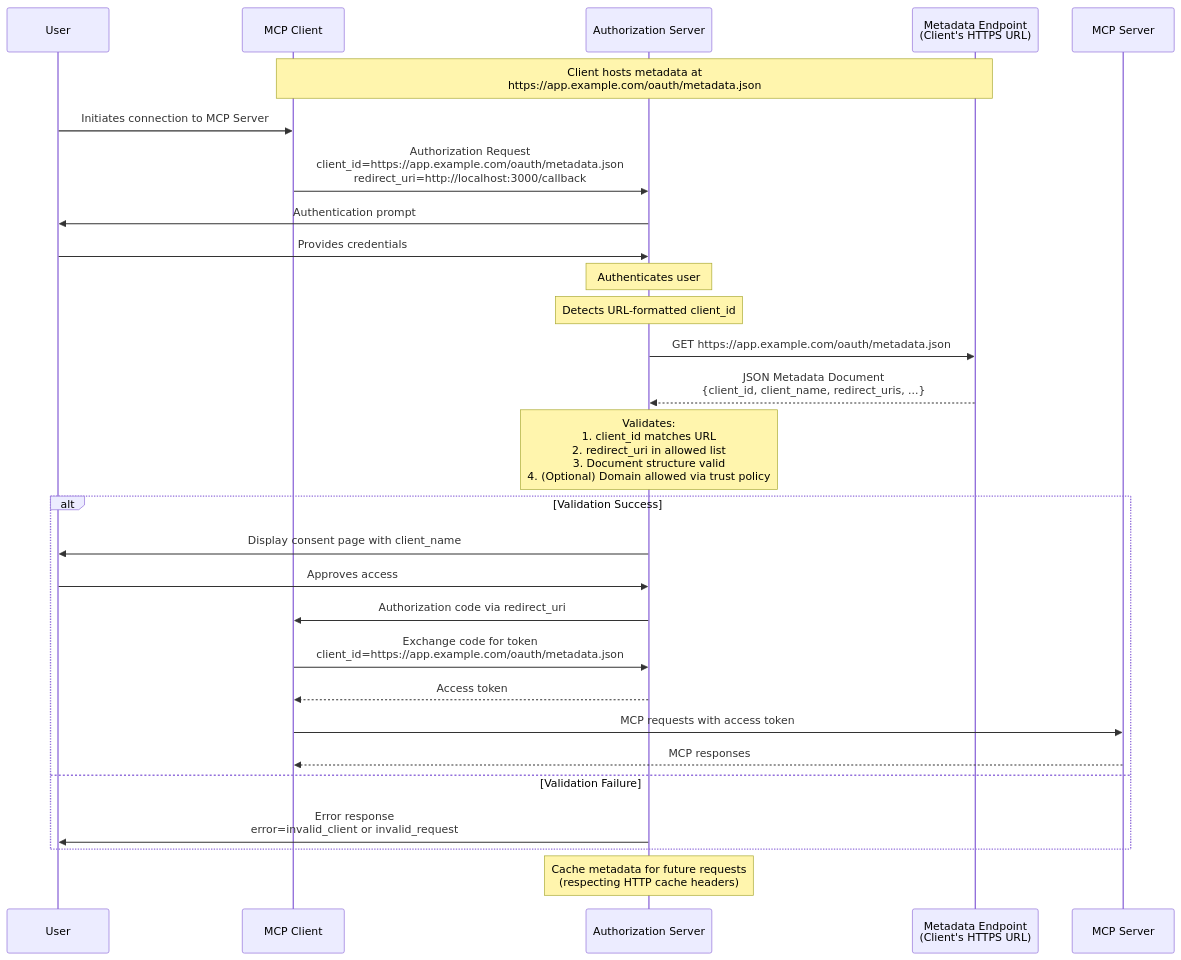
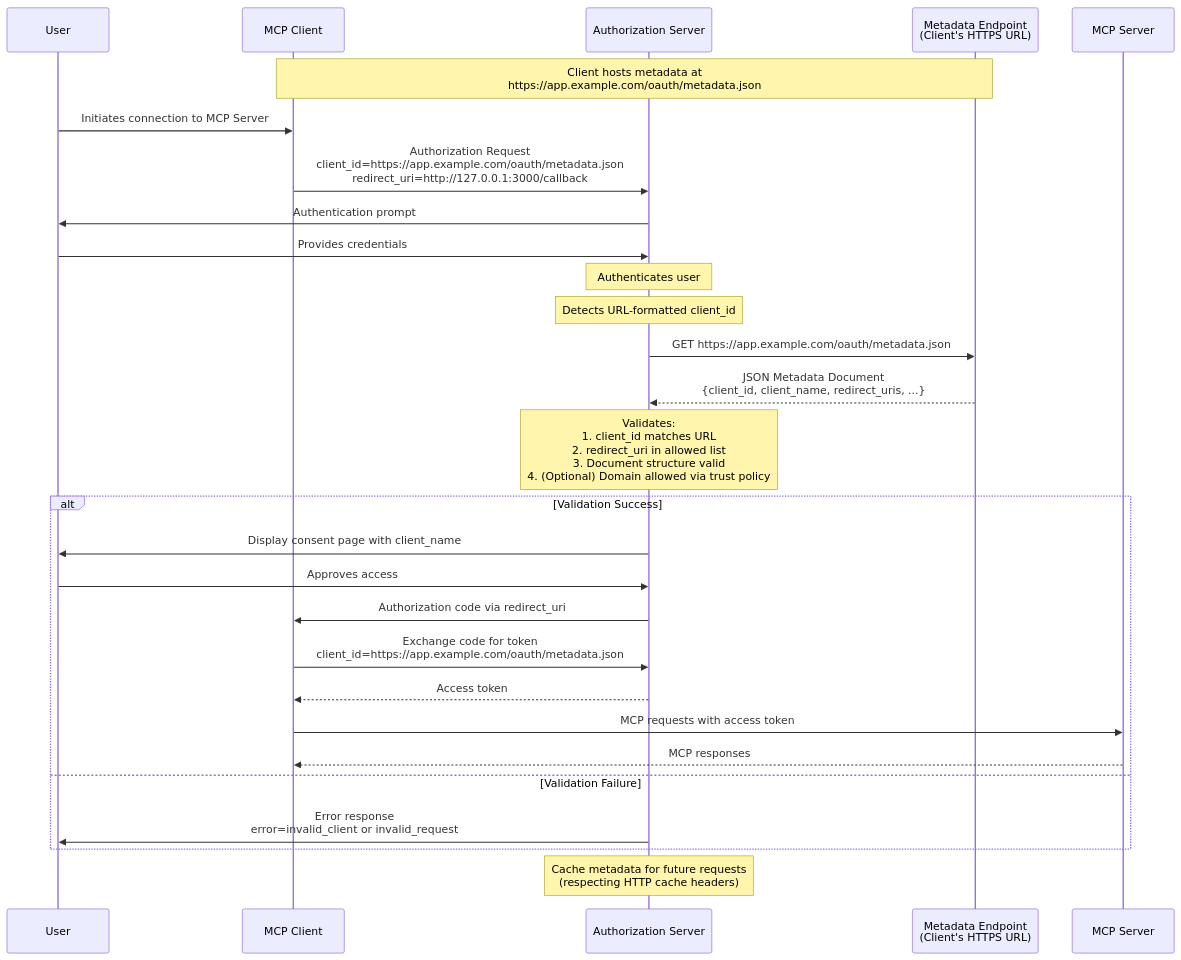
The diagram in 01_Raw/github/modelcontextprotocol/modelcontextprotocol/docs/specification/draft/basic/authorization/client-registration.mdx (NickCollect/ai-coding-runbook), drawn with Mermaid before and after one commit. The commit also changed other lines of this file and 74 other files, not shown here.

````diff
--- a/01_Raw/github/modelcontextprotocol/modelcontextprotocol/docs/specification/draft/basic/authorization/client-registration.mdx
+++ b/01_Raw/github/modelcontextprotocol/modelcontextprotocol/docs/specification/draft/basic/authorization/client-registration.mdx
@@ -75,38 +75,38 @@
 ```mermaid
 sequenceDiagram
     participant User
     participant Client as MCP Client
     participant Server as Authorization Server
     participant Metadata as Metadata Endpoint<br/>(Client's HTTPS URL)
     participant Resource as MCP Server
 
     Note over Client,Metadata: Client hosts metadata at<br/>https://app.example.com/oauth/metadata.json
 
     User->>Client: Initiates connection to MCP Server
-    Client->>Server: Authorization Request<br/>client_id=https://app.example.com/oauth/metadata.json<br/>redirect_uri=http://localhost:3000/callback
+    Client->>Server: Authorization Request<br/>client_id=https://app.example.com/oauth/metadata.json<br/>redirect_uri=http://127.0.0.1:3000/callback
 
     Server->>User: Authentication prompt
     User->>Server: Provides credentials
     Note over Server: Authenticates user
 
     Note over Server: Detects URL-formatted client_id
 
     Server->>Metadata: GET https://app.example.com/oauth/metadata.json
     Metadata-->>Server: JSON Metadata Document<br/>{client_id, client_name, redirect_uris, ...}
 
     Note over Server: Validates:<br/>1. client_id matches URL<br/>2. redirect_uri in allowed list<br/>3. Document structure valid<br/>4. (Optional) Domain allowed via trust policy
 
     alt Validation Success
         Server->>User: Display consent page with client_name
         User->>Server: Approves access
         Server->>Client: Authorization code via redirect_uri
         Client->>Server: Exchange code for token<br/>client_id=https://app.example.com/oauth/metadata.json
         Server-->>Client: Access token
         Client->>Resource: MCP requests with access token
         Resource-->>Client: MCP responses
     else Validation Failure
         Server->>User: Error response<br/>error=invalid_client or invalid_request
     end
 
     Note over Server: Cache metadata for future requests<br/>(respecting HTTP cache headers)
 ```
````
